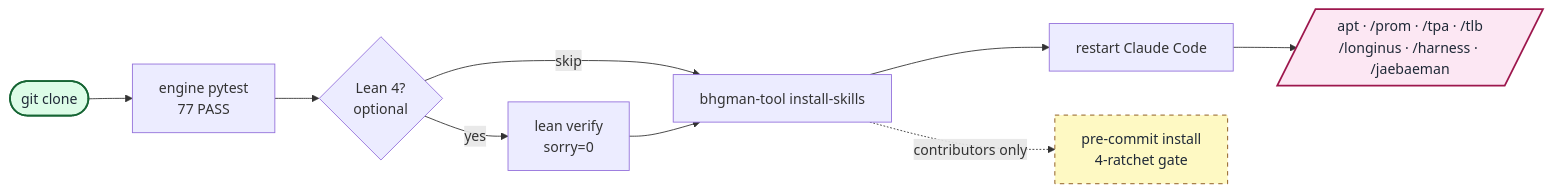
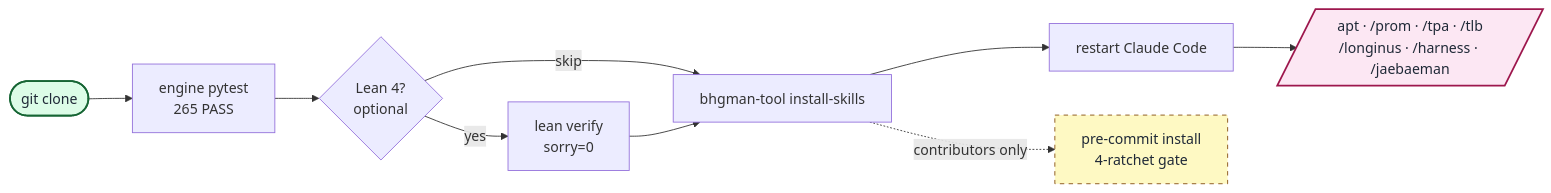
Before and after one commit to gj3447/bhgman_tool: the diagram in README.md, drawn with Mermaid. The commit also changed other lines of this file and 9 other files, not shown here.

````diff
--- a/README.md
+++ b/README.md
@@ -88,18 +88,18 @@
 ```mermaid
 flowchart LR
-    A([git clone]) --> B[engine pytest<br/>77 PASS]
+    A([git clone]) --> B[engine pytest<br/>265 PASS]
     B --> C{Lean 4?<br/>optional}
     C -- yes --> D[lean verify<br/>sorry=0]
     C -- skip --> E[bhgman-tool install-skills]
     D --> E
     E --> F[restart Claude Code]
     F --> G[/apt · /prom · /tpa · /tlb<br/>/longinus · /harness · /jaebaeman/]
     E -. contributors only .-> H[pre-commit install<br/>4-ratchet gate]
 
     classDef startNode fill:#dcfce7,stroke:#166534,stroke-width:2px,color:#1f2937
     classDef endNode fill:#fce7f3,stroke:#9d174d,stroke-width:2px,color:#1f2937
     classDef optNode fill:#fef9c3,stroke:#854d0e,stroke-width:1px,stroke-dasharray:5 5,color:#1f2937
     class A startNode
     class G endNode
     class H optNode
 ```
````
